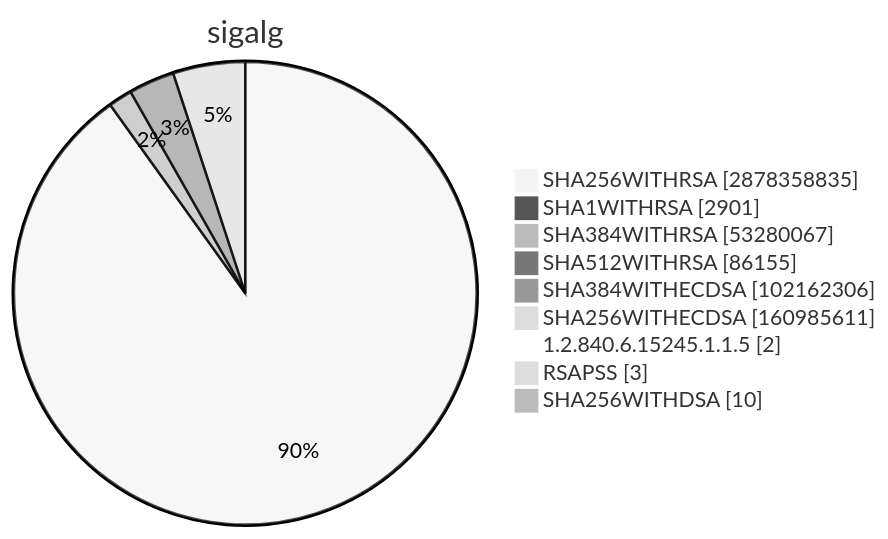
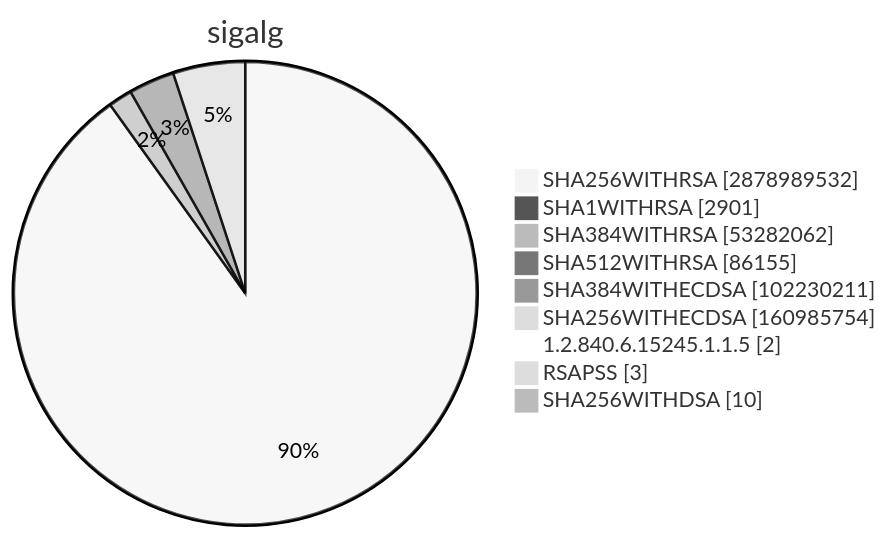
One commit to christiankrug/ctmonitor_visualization changed diagram 15 of 15 in TOTAL/README.md. Above: the diagram before and after it, drawn with Mermaid (neutral theme). The commit also changed other lines of this file, not shown here.

````diff
--- a/TOTAL/README.md
+++ b/TOTAL/README.md
@@ -6207,13 +6207,13 @@
 ```mermaid
 pie showData
 title sigalg
-"SHA256WITHRSA" :2878358835
+"SHA256WITHRSA" :2878989532
 "SHA1WITHRSA" :2901
-"SHA384WITHRSA" :53280067
+"SHA384WITHRSA" :53282062
 "SHA512WITHRSA" :86155
-"SHA384WITHECDSA" :102162306
-"SHA256WITHECDSA" :160985611
+"SHA384WITHECDSA" :102230211
+"SHA256WITHECDSA" :160985754
 "1.2.840.6.15245.1.1.5" :2
 "RSAPSS" :3
 "SHA256WITHDSA" :10
 ```
````
